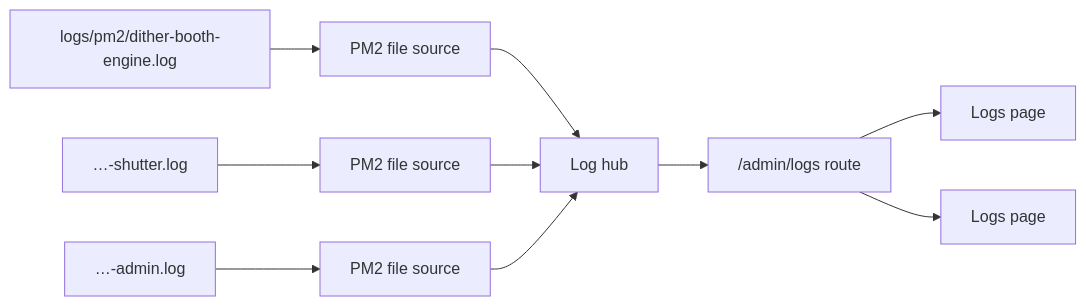
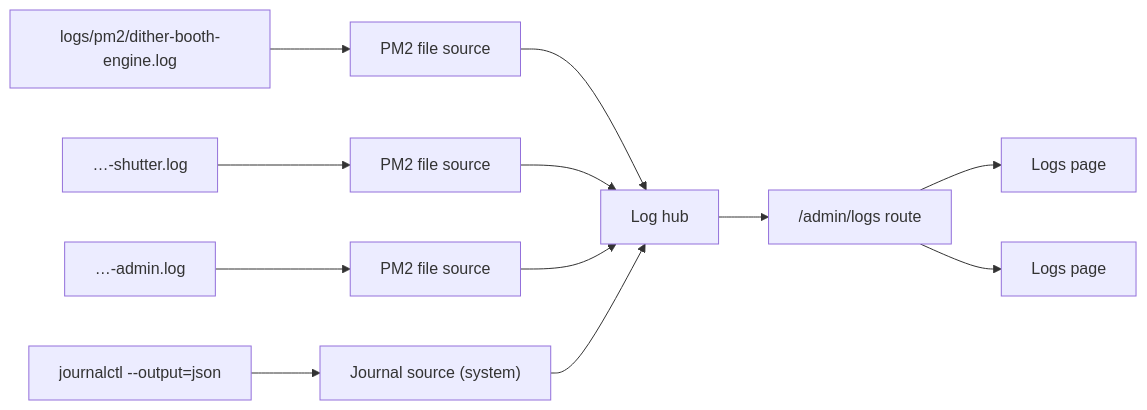
One commit to 99Stud/dither_booth changed the diagram in apps/docs/src/content/docs/architecture/logging.md. Above: the diagram before and after it, drawn with Mermaid. The commit also changed other lines of this file and 8 other files, not shown here.

First line of the commit message:
feat(admin): system journal on the Logs socket

````diff
--- a/apps/docs/src/content/docs/architecture/logging.md
+++ b/apps/docs/src/content/docs/architecture/logging.md
@@ -14,10 +14,11 @@
 ```mermaid
 flowchart LR
   F1["logs/pm2/dither-booth-engine.log"] --> S1["PM2 file source"]
   F2["…-shutter.log"] --> S2["PM2 file source"]
   F3["…-admin.log"] --> S3["PM2 file source"]
-  S1 & S2 & S3 --> H["Log hub"]
+  J["journalctl --output=json"] --> S4["Journal source (system)"]
+  S1 & S2 & S3 & S4 --> H["Log hub"]
   H --> R["/admin/logs route"]
   R --> P1["Logs page"]
   R --> P2["Logs page"]
 ```
````
